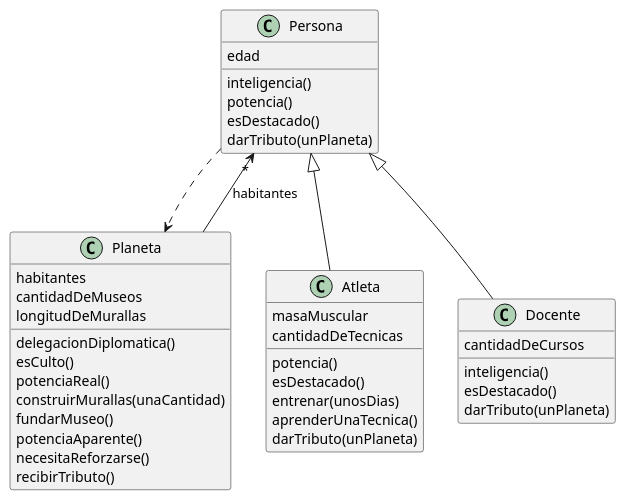
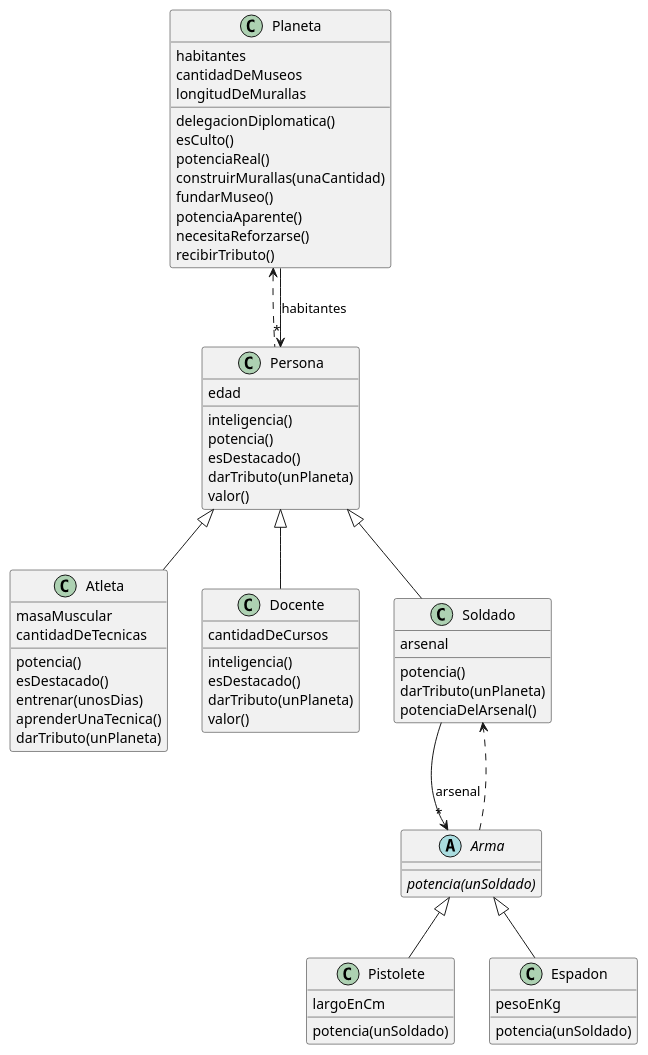
The diagram in parciales-objetos/planetas/diagramaDeClases.wsd (JuanmaIglesias10/RepoComunitarioPdeP), drawn with PlantUML before and after one commit. The commit also changed 2 other files, not shown here.

```diff
--- a/parciales-objetos/planetas/diagramaDeClases.wsd
+++ b/parciales-objetos/planetas/diagramaDeClases.wsd
@@ -1,49 +1,76 @@
 @startuml
 class Persona {
 	edad
 	
 	inteligencia()
 	potencia()
 	esDestacado()
 	darTributo(unPlaneta)
+    valor()
 }
 
-Persona ..> Planeta
+Persona .up.> Planeta
 
 class Atleta extends Persona {
 	masaMuscular
 	cantidadDeTecnicas
 	
 	potencia()
 	esDestacado()
 	entrenar(unosDias)
 	aprenderUnaTecnica()
 	darTributo(unPlaneta)
 }
 	
 class Docente extends Persona {
 	cantidadDeCursos
 	 
 	inteligencia()
 	esDestacado()
 	darTributo(unPlaneta)
+    valor()
 }
+
+class Soldado extends Persona {
+	arsenal
+	potencia()
+	darTributo(unPlaneta)
+	potenciaDelArsenal()
+}
+
+abstract class Arma {
+	{abstract}potencia(unSoldado)
+}
+
+class Pistolete extends Arma {
+	largoEnCm
+	potencia(unSoldado)
+}
+
+class Espadon extends Arma {
+	pesoEnKg
+	potencia(unSoldado)
+}
+
+Soldado -->"*" Arma : arsenal
+Arma ..> Soldado
+
 
 class Planeta {
 	habitantes
 	cantidadDeMuseos
 	longitudDeMurallas
 	
 	delegacionDiplomatica()
 	esCulto()
 	potenciaReal()
 	construirMurallas(unaCantidad)
 	fundarMuseo()
 	potenciaAparente()
 	necesitaReforzarse()
 	recibirTributo()
 }
 
 Planeta -->"*"Persona : habitantes
 
 @enduml
```
